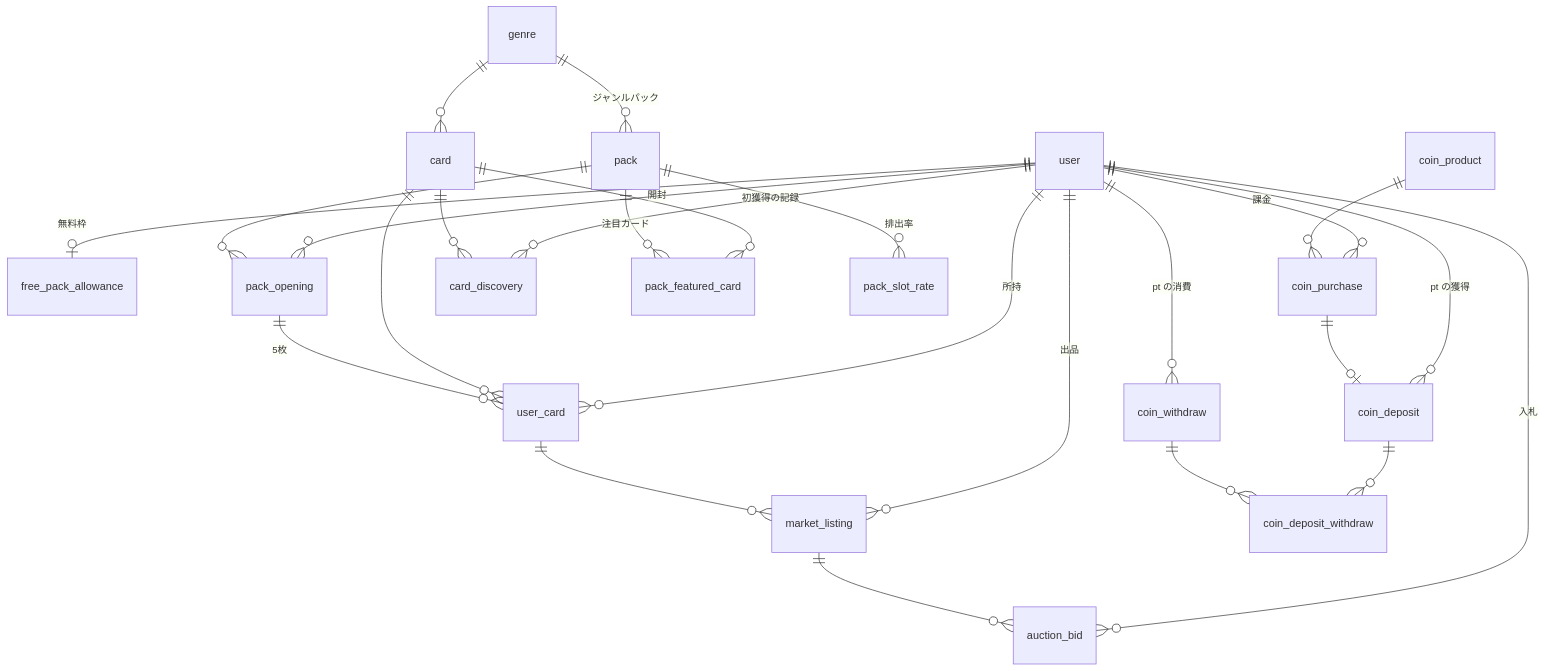
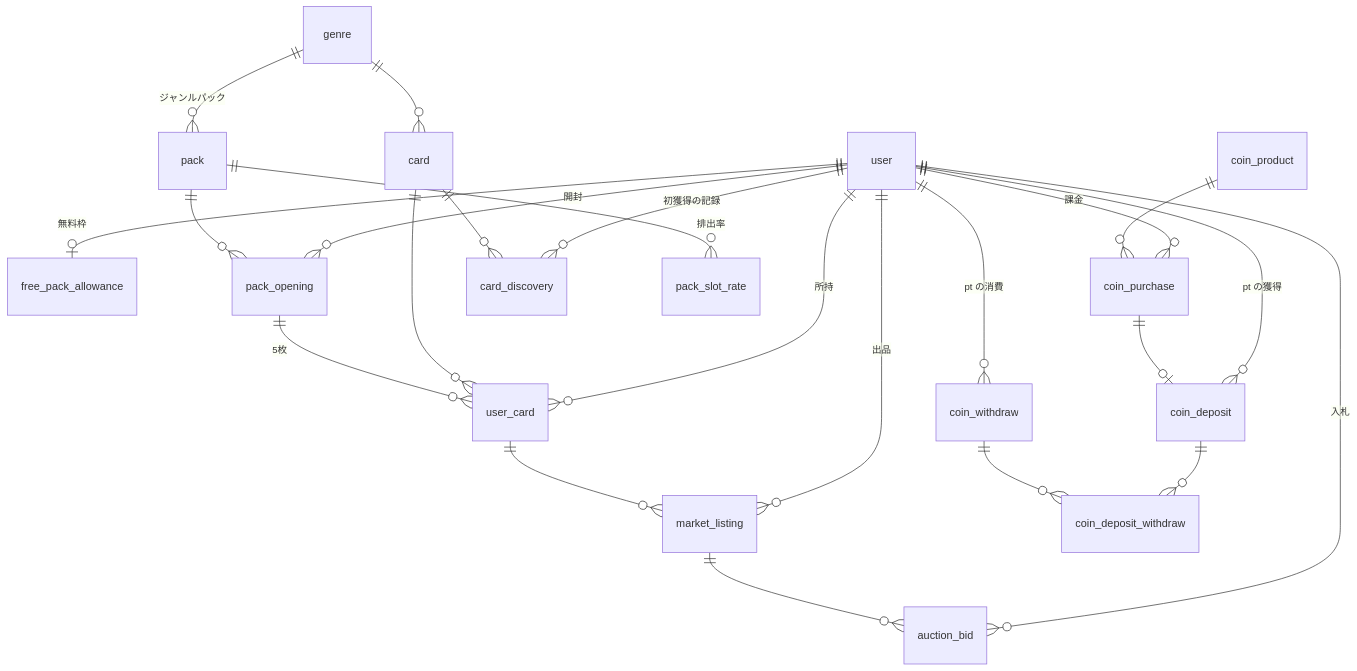
The diagram in docs/design/database.md (matsupiee/wiki-collection), drawn with Mermaid before and after one commit. The commit also changed other lines of this file and 74 other files, not shown here.

````diff
--- a/docs/design/database.md
+++ b/docs/design/database.md
@@ -11,32 +11,30 @@
 ```mermaid
 erDiagram
   user ||--o| free_pack_allowance : "無料枠"
   user ||--o{ coin_deposit : "pt の獲得"
   user ||--o{ coin_withdraw : "pt の消費"
   user ||--o{ coin_purchase : "課金"
   user ||--o{ pack_opening : "開封"
   user ||--o{ user_card : "所持"
   user ||--o{ card_discovery : "初獲得の記録"
   user ||--o{ market_listing : "出品"
   user ||--o{ auction_bid : "入札"
 
   coin_deposit ||--o{ coin_deposit_withdraw : ""
   coin_withdraw ||--o{ coin_deposit_withdraw : ""
 
   genre ||--o{ card : ""
   genre ||--o{ pack : "ジャンルパック"
   card ||--o{ user_card : ""
   card ||--o{ card_discovery : ""
-  card ||--o{ pack_featured_card : ""
 
   pack ||--o{ pack_slot_rate : "排出率"
-  pack ||--o{ pack_featured_card : "注目カード"
   pack ||--o{ pack_opening : ""
   pack_opening ||--o{ user_card : "5枚"
 
   user_card ||--o{ market_listing : ""
   market_listing ||--o{ auction_bid : ""
 
   coin_product ||--o{ coin_purchase : ""
   coin_purchase ||--o| coin_deposit : ""
 ```
````
